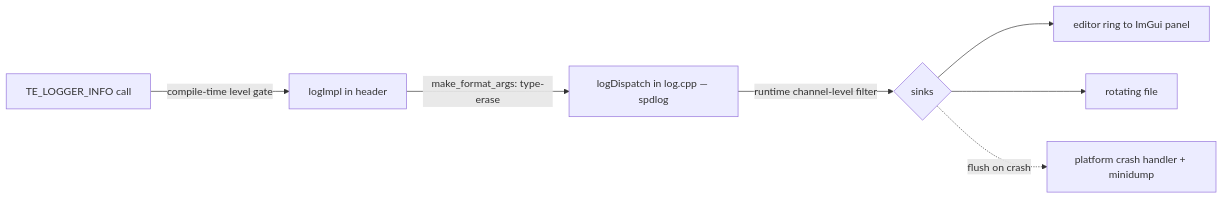
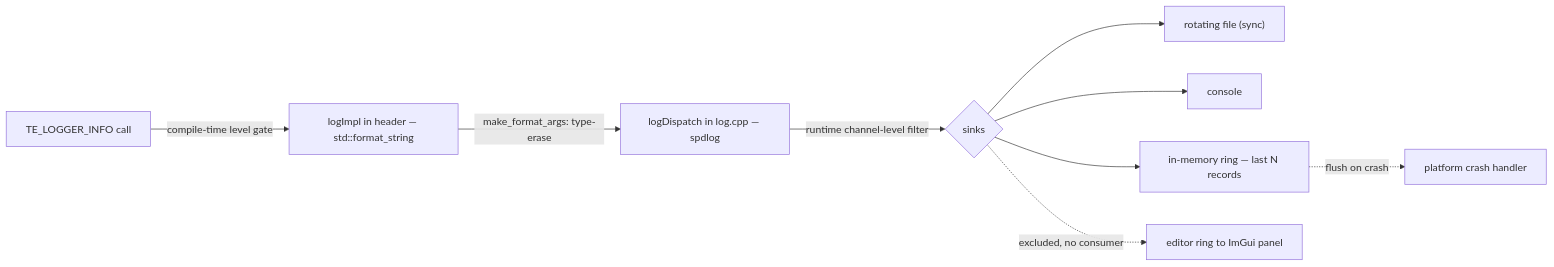
One commit to techattackteam/TechEngine changed the diagram in docs/04 Design Docs/Utilities/Logger — Design.md. Above: the diagram before and after it, drawn with Mermaid. The commit also changed other lines of this file and 38 other files, not shown here.

````diff
--- a/docs/04 Design Docs/Utilities/Logger — Design.md
+++ b/docs/04 Design Docs/Utilities/Logger — Design.md
@@ -30,9 +53,11 @@
 ```mermaid
 flowchart LR
-  A["TE_LOGGER_INFO call"] -->|compile-time level gate| B["logImpl in header"]
+  A["TE_LOGGER_INFO call"] -->|compile-time level gate| B["logImpl in header — std::format_string"]
   B -->|make_format_args: type-erase| C["logDispatch in log.cpp — spdlog"]
   C -->|runtime channel-level filter| D{sinks}
-  D --> E["editor ring to ImGui panel"]
-  D --> F["rotating file"]
-  D -. flush on crash .-> G["platform crash handler + minidump"]
+  D --> F["rotating file (sync)"]
+  D --> H["console"]
+  D --> R["in-memory ring — last N records"]
+  R -. flush on crash .-> G["platform crash handler"]
+  D -. excluded, no consumer .-> E["editor ring to ImGui panel"]
 ```
````
